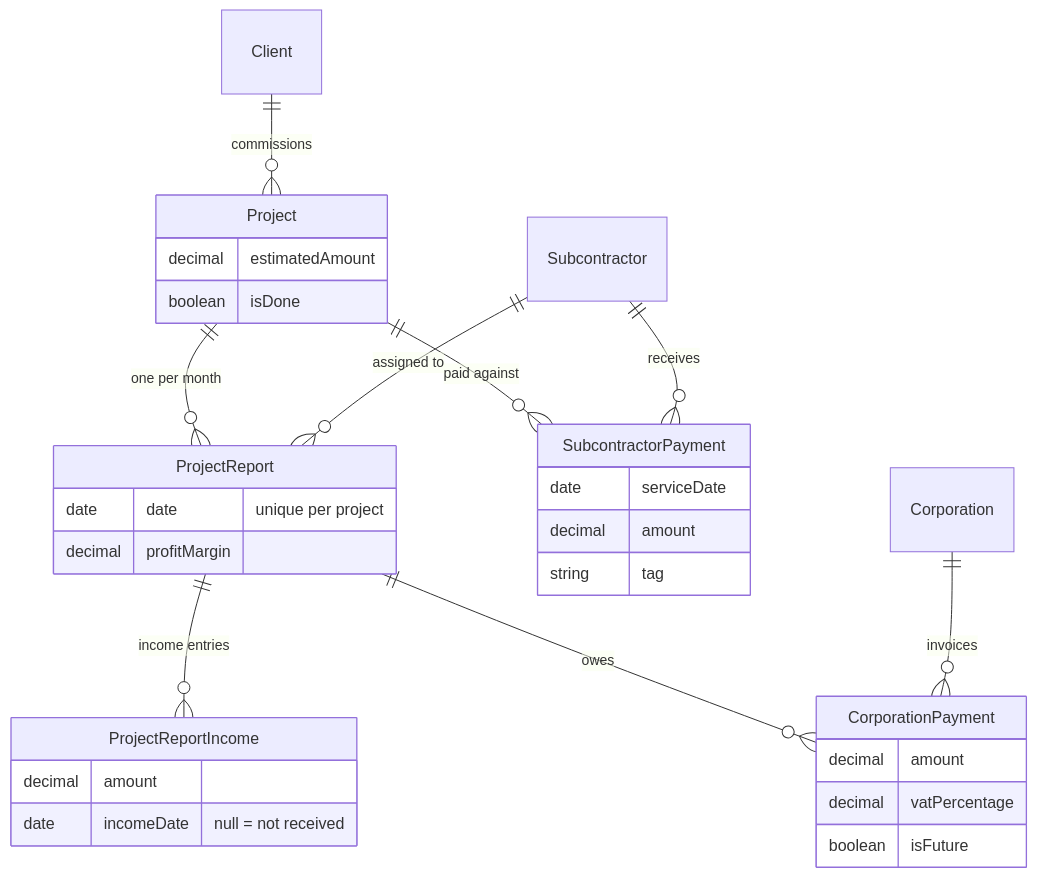
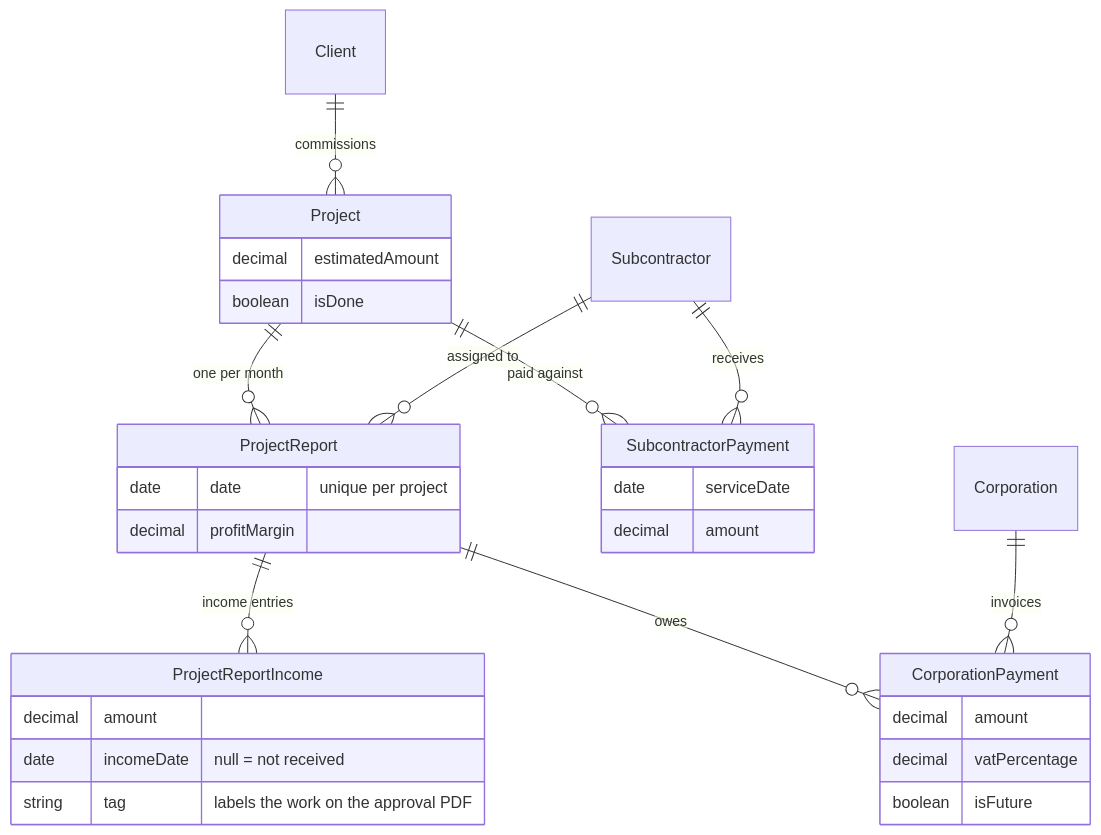
One commit to alonshuld/BeetBite changed the first of 2 diagrams in README.md. Above: the diagram before and after it, drawn with Mermaid. The commit also changed other lines of this file and 46 other files, not shown here.

````diff
--- a/README.md
+++ b/README.md
@@ -114,34 +114,34 @@
 ```mermaid
 erDiagram
     Client ||--o{ Project : commissions
     Project ||--o{ ProjectReport : "one per month"
     Project ||--o{ SubcontractorPayment : "paid against"
     Subcontractor ||--o{ ProjectReport : "assigned to"
     Subcontractor ||--o{ SubcontractorPayment : receives
     ProjectReport ||--o{ ProjectReportIncome : "income entries"
     ProjectReport ||--o{ CorporationPayment : "owes"
     Corporation ||--o{ CorporationPayment : "invoices"
 
     Project {
         decimal estimatedAmount
         boolean isDone
     }
     ProjectReport {
         date date "unique per project"
         decimal profitMargin
     }
     ProjectReportIncome {
         decimal amount
         date incomeDate "null = not received"
+        string tag "labels the work on the approval PDF"
     }
     CorporationPayment {
         decimal amount
         decimal vatPercentage
         boolean isFuture
     }
     SubcontractorPayment {
         date serviceDate
         decimal amount
-        string tag
     }
 ```
````
